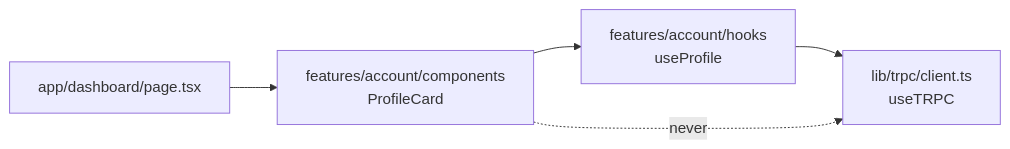
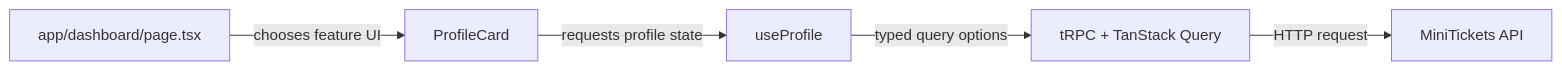
The diagram in docs/handbook/concepts/feature-folders.md (maheshnd/minitickets), drawn with Mermaid before and after one commit. The commit also changed other lines of this file and 119 other files, not shown here.

````diff
--- a/docs/handbook/concepts/feature-folders.md
+++ b/docs/handbook/concepts/feature-folders.md
@@ -20,7 +18,7 @@
 ```mermaid
 flowchart LR
-    page["app/dashboard/page.tsx"] --> comp["features/account/components<br/>ProfileCard"]
-    comp --> hook["features/account/hooks<br/>useProfile"]
-    hook --> trpc["lib/trpc/client.ts<br/>useTRPC"]
-    comp -.->|"never"| trpc
+route["app/dashboard/page.tsx"] -->|"chooses feature UI"| component["ProfileCard"]
+    component -->|"requests profile state"| hook["useProfile"]
+    hook -->|"typed query options"| trpc["tRPC + TanStack Query"]
+    trpc -->|"HTTP request"| api["MiniTickets API"]
 ```
````
